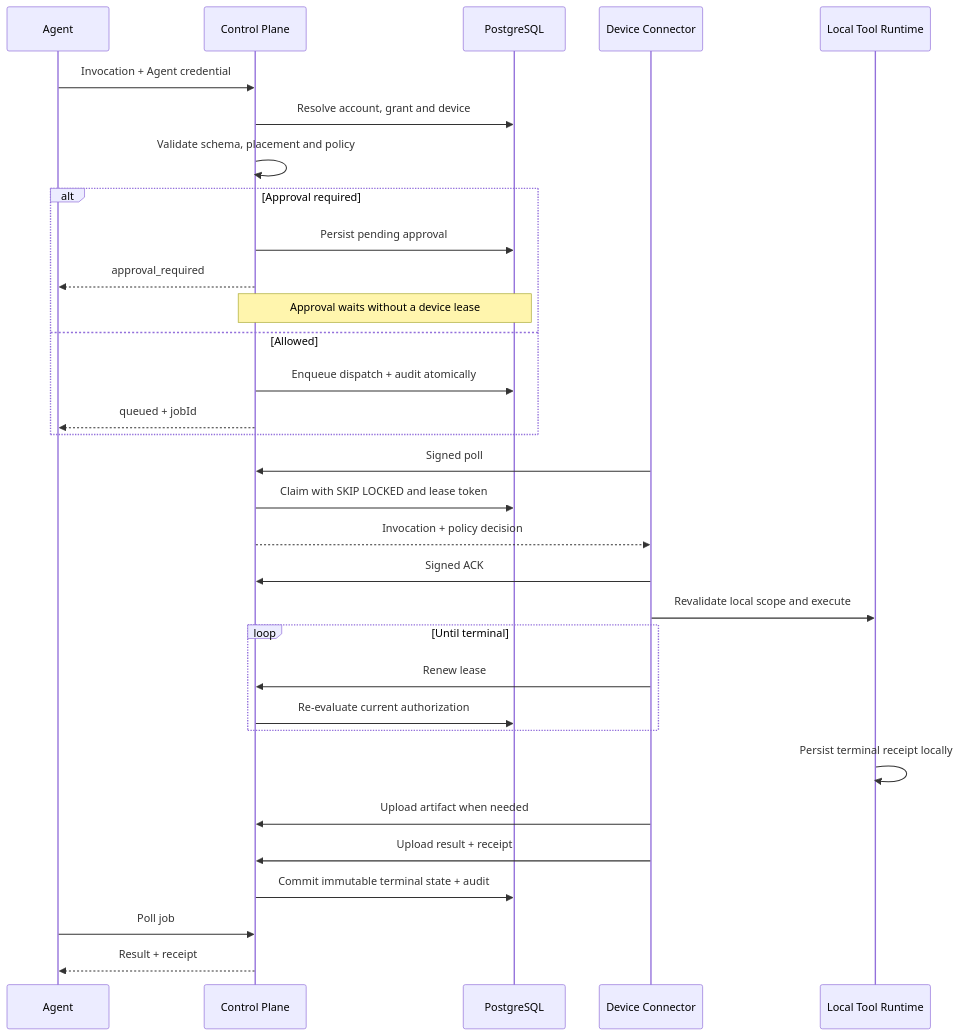
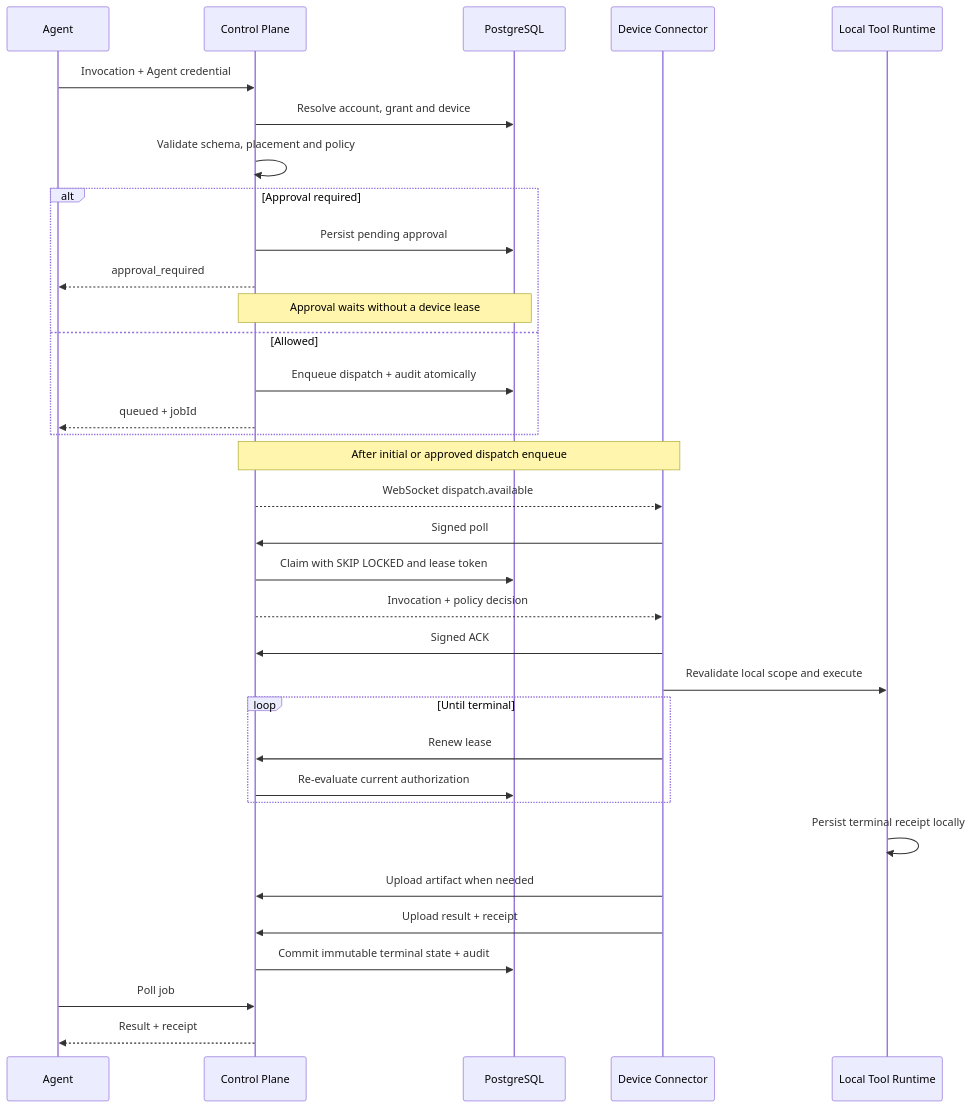
The fourth of 9 diagrams in docs/system-architecture.md (2812427914/agent-device-cloud), drawn with Mermaid before and after one commit. The commit also changed other lines of this file and 30 other files, not shown here.

Commit message:
feat: add WebSocket task wakeups

````diff
--- a/docs/system-architecture.md
+++ b/docs/system-architecture.md
@@ -134,39 +141,41 @@
 ```mermaid
 sequenceDiagram
   participant Agent
   participant CP as Control Plane
   participant DB as PostgreSQL
   participant Node as Device Connector
   participant RT as Local Tool Runtime
 
   Agent->>CP: Invocation + Agent credential
   CP->>DB: Resolve account, grant and device
   CP->>CP: Validate schema, placement and policy
 
   alt Approval required
     CP->>DB: Persist pending approval
     CP-->>Agent: approval_required
     Note over CP,DB: Approval waits without a device lease
   else Allowed
     CP->>DB: Enqueue dispatch + audit atomically
     CP-->>Agent: queued + jobId
   end
 
+  Note over CP,Node: After initial or approved dispatch enqueue
+  CP-->>Node: WebSocket dispatch.available
   Node->>CP: Signed poll
   CP->>DB: Claim with SKIP LOCKED and lease token
   CP-->>Node: Invocation + policy decision
   Node->>CP: Signed ACK
   Node->>RT: Revalidate local scope and execute
 
   loop Until terminal
     Node->>CP: Renew lease
     CP->>DB: Re-evaluate current authorization
   end
 
   RT->>RT: Persist terminal receipt locally
   Node->>CP: Upload artifact when needed
   Node->>CP: Upload result + receipt
   CP->>DB: Commit immutable terminal state + audit
   Agent->>CP: Poll job
   CP-->>Agent: Result + receipt
 ```
````
